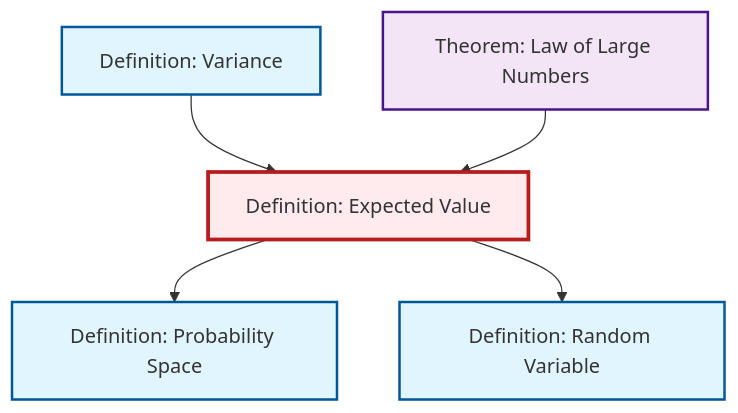
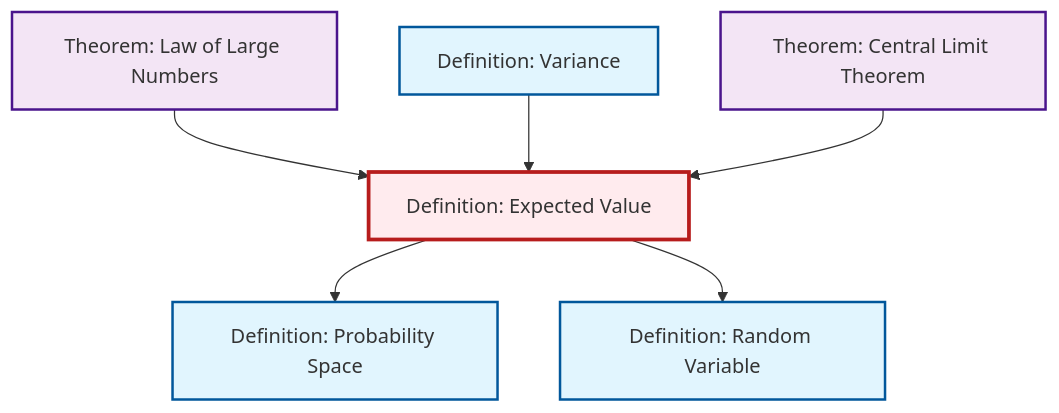
One commit to RK0429/ModernMath changed the second of 2 diagrams in content/en/probability-statistics/def-expectation.qmd. Above: the diagram before and after it, drawn with Mermaid. The commit also changed other lines of this file and 491 other files, not shown here.

First line of the commit message:
feat: Add Central Limit Theorem article with comprehensive cross-references

````diff
--- a/content/en/probability-statistics/def-expectation.qmd
+++ b/content/en/probability-statistics/def-expectation.qmd
@@ -80,23 +86,26 @@
 ```{mermaid}
 %%| fig-cap: "Local dependency graph"
 graph TD
     classDef definition fill:#e1f5fe,stroke:#01579b,stroke-width:2px
     classDef theorem fill:#f3e5f5,stroke:#4a148c,stroke-width:2px
     classDef axiom fill:#fff3e0,stroke:#e65100,stroke-width:2px
     classDef example fill:#e8f5e9,stroke:#1b5e20,stroke-width:2px
     classDef current fill:#ffebee,stroke:#b71c1c,stroke-width:3px
+    def-expectation["Definition: Expected Value"]:::definition
+    thm-central-limit["Theorem: Central Limit Theorem"]:::theorem
+    def-random-variable["Definition: Random Variable"]:::definition
+    thm-law-of-large-numbers["Theorem: Law of Large Numbers"]:::theorem
     def-probability-space["Definition: Probability Space"]:::definition
-    def-random-variable["Definition: Random Variable"]:::definition
-    def-expectation["Definition: Expected Value"]:::definition
     def-variance["Definition: Variance"]:::definition
-    thm-law-of-large-numbers["Theorem: Law of Large Numbers"]:::theorem
+    thm-law-of-large-numbers --> def-expectation
+    def-variance --> def-expectation
     def-expectation --> def-probability-space
-    def-variance --> def-expectation
-    thm-law-of-large-numbers --> def-expectation
     def-expectation --> def-random-variable
+    thm-central-limit --> def-expectation
     class def-expectation current
+    click thm-central-limit "thm-central-limit.html" "Go to Central Limit Theorem theorem"
+    click def-random-variable "def-random-variable.html" "Go to Random Variable definition"
+    click thm-law-of-large-numbers "thm-law-of-large-numbers.html" "Go to Law of Large Numbers theorem"
     click def-probability-space "def-probability-space.html" "Go to Probability Space definition"
-    click def-random-variable "def-random-variable.html" "Go to Random Variable definition"
     click def-variance "def-variance.html" "Go to Variance definition"
-    click thm-law-of-large-numbers "thm-law-of-large-numbers.html" "Go to Law of Large Numbers theorem"
 ```
````
